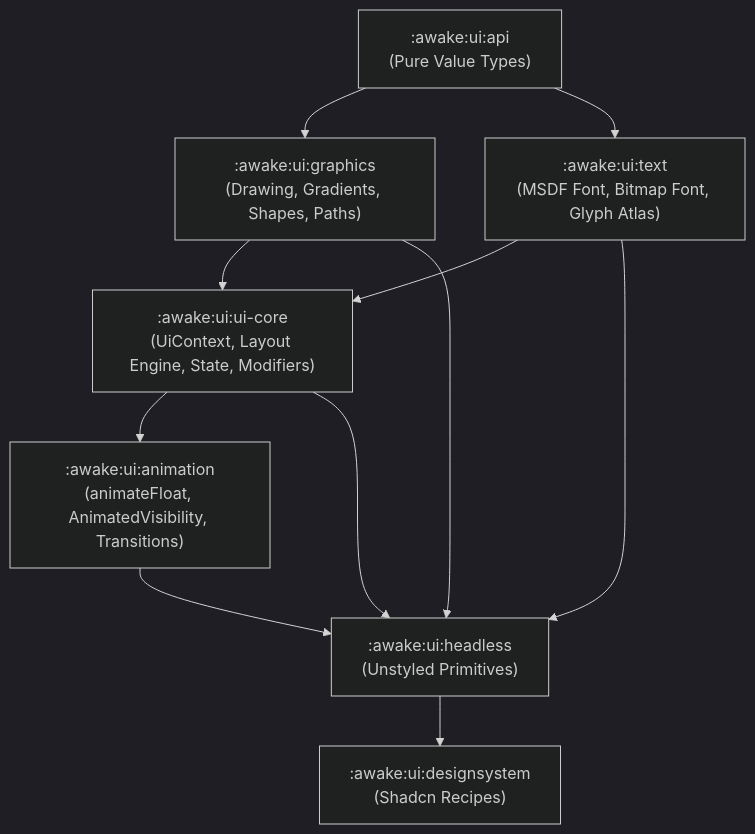
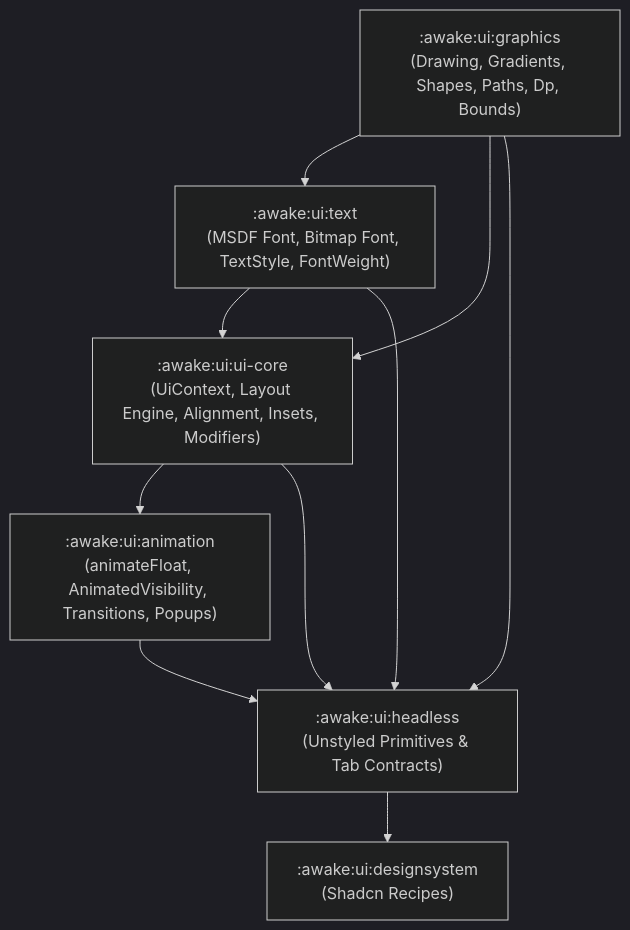
Before and after one commit to awake-lab/awake: the diagram in awake/ui/README.md, drawn with Mermaid (dark theme). The commit also changed other lines of this file and 41 other files, not shown here.

Commit message:
feat(ui): eliminate :awake:ui:api module and domain-distribute contracts

````diff
--- a/awake/ui/README.md
+++ b/awake/ui/README.md
@@ -65,22 +60,20 @@
 ```mermaid
 graph TD
-    API[":awake:ui:api<br/>(Pure Value Types)"]
-    CORE[":awake:ui:ui-core<br/>(UiContext, Layout Engine, State, Modifiers)"]
-    GRAPHICS[":awake:ui:graphics<br/>(Drawing, Gradients, Shapes, Paths)"]
-    ANIMATION[":awake:ui:animation<br/>(animateFloat, AnimatedVisibility, Transitions)"]
-    TEXT[":awake:ui:text<br/>(MSDF Font, Bitmap Font, Glyph Atlas)"]
-    HEADLESS[":awake:ui:headless<br/>(Unstyled Primitives)"]
+    GRAPHICS[":awake:ui:graphics<br/>(Drawing, Gradients, Shapes, Paths, Dp, Bounds)"]
+    TEXT[":awake:ui:text<br/>(MSDF Font, Bitmap Font, TextStyle, FontWeight)"]
+    CORE[":awake:ui:ui-core<br/>(UiContext, Layout Engine, Alignment, Insets, Modifiers)"]
+    ANIMATION[":awake:ui:animation<br/>(animateFloat, AnimatedVisibility, Transitions, Popups)"]
+    HEADLESS[":awake:ui:headless<br/>(Unstyled Primitives & Tab Contracts)"]
     DS[":awake:ui:designsystem<br/>(Shadcn Recipes)"]
 
-    API --> GRAPHICS
-    API --> TEXT
+    GRAPHICS --> TEXT
     GRAPHICS --> CORE
     TEXT --> CORE
     CORE --> ANIMATION
     CORE --> HEADLESS
     GRAPHICS --> HEADLESS
     ANIMATION --> HEADLESS
     TEXT --> HEADLESS
 
     HEADLESS --> DS
 ```
````
